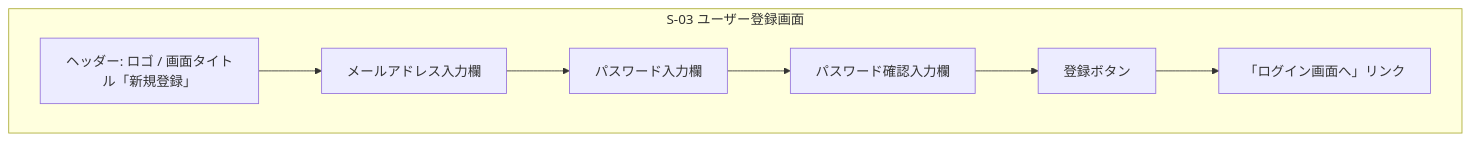
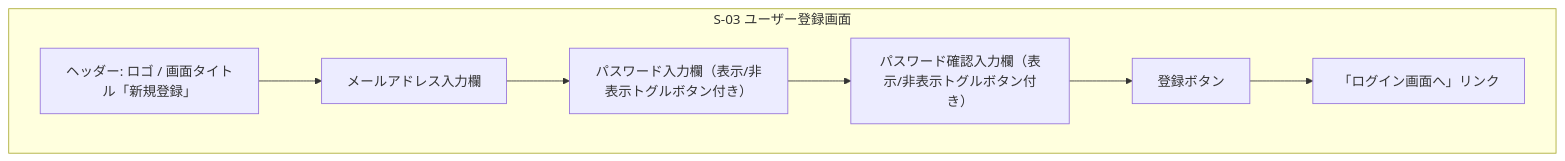
The third of 5 diagrams in docs/details/wireframes.md (yamamotonaoki3/TaskManagement), drawn with Mermaid before and after one commit. The commit also changed other lines of this file and 3 other files, not shown here.

````diff
--- a/docs/details/wireframes.md
+++ b/docs/details/wireframes.md
@@ -41,12 +41,12 @@
 ```mermaid
 flowchart TB
     subgraph S03[S-03 ユーザー登録画面]
         H03[ヘッダー: ロゴ / 画面タイトル「新規登録」]
         E03[メールアドレス入力欄]
-        P03[パスワード入力欄]
-        PC03[パスワード確認入力欄]
+        P03[パスワード入力欄（表示/非表示トグルボタン付き）]
+        PC03[パスワード確認入力欄（表示/非表示トグルボタン付き）]
         B03[登録ボタン]
         L03[「ログイン画面へ」リンク]
         H03 --> E03 --> P03 --> PC03 --> B03 --> L03
     end
 ```
````
